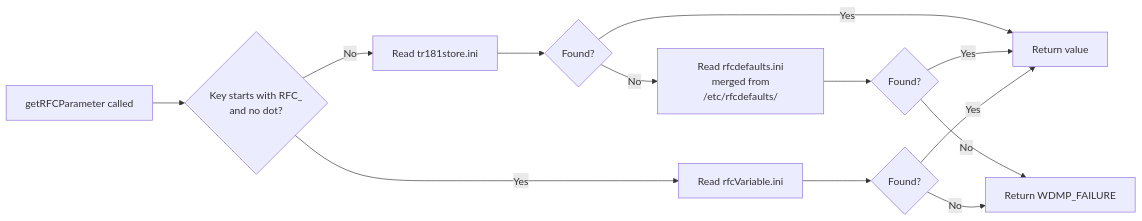
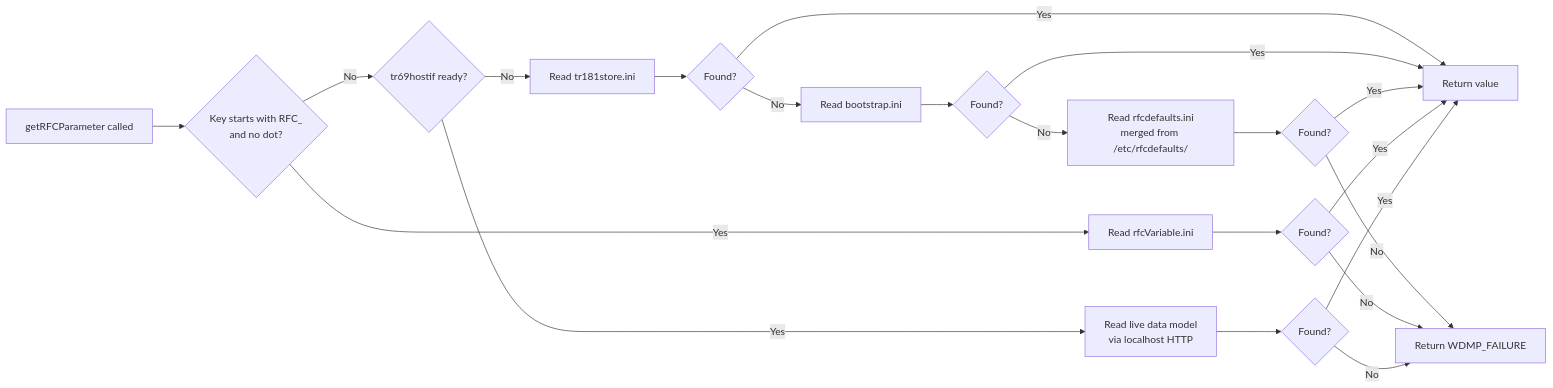
One commit to rdkcentral/rfc changed the second of 3 diagrams in rfcapi/docs/README.md. Above: the diagram before and after it, drawn with Mermaid. The commit also changed other lines of this file and 4 other files, not shown here.

````diff
--- a/rfcapi/docs/README.md
+++ b/rfcapi/docs/README.md
@@ -30,15 +39,23 @@
 ```mermaid
 flowchart LR
     A[getRFCParameter called] --> B{Key starts with RFC_\nand no dot?}
     B -->|Yes| C[Read rfcVariable.ini]
-    B -->|No| D[Read tr181store.ini]
-    D --> E{Found?}
-    E -->|Yes| F[Return value]
-    E -->|No| G[Read rfcdefaults.ini\n merged from /etc/rfcdefaults/]
-    G --> H{Found?}
-    H -->|Yes| F
-    H -->|No| I[Return WDMP_FAILURE]
-    C --> J{Found?}
-    J -->|Yes| F
-    J -->|No| I
+    B -->|No| D{tr69hostif ready?}
+    D -->|Yes| E[Read live data model\nvia localhost HTTP]
+    D -->|No| F[Read tr181store.ini]
+    F --> G{Found?}
+    G -->|Yes| H[Return value]
+    G -->|No| I[Read bootstrap.ini]
+    I --> J{Found?}
+    J -->|Yes| H
+    J -->|No| K[Read rfcdefaults.ini\nmerged from /etc/rfcdefaults/]
+    K --> L{Found?}
+    L -->|Yes| H
+    L -->|No| M[Return WDMP_FAILURE]
+    C --> N{Found?}
+    N -->|Yes| H
+    N -->|No| M
+    E --> O{Found?}
+    O -->|Yes| H
+    O -->|No| M
 ```
````
